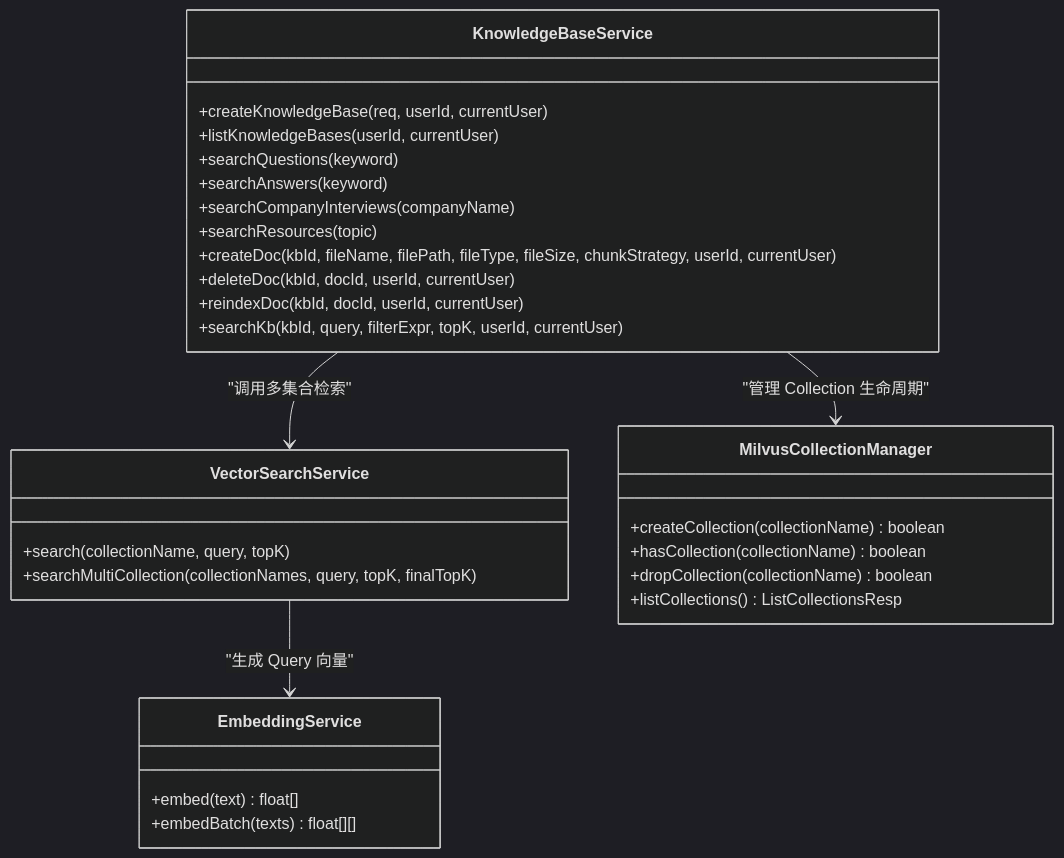
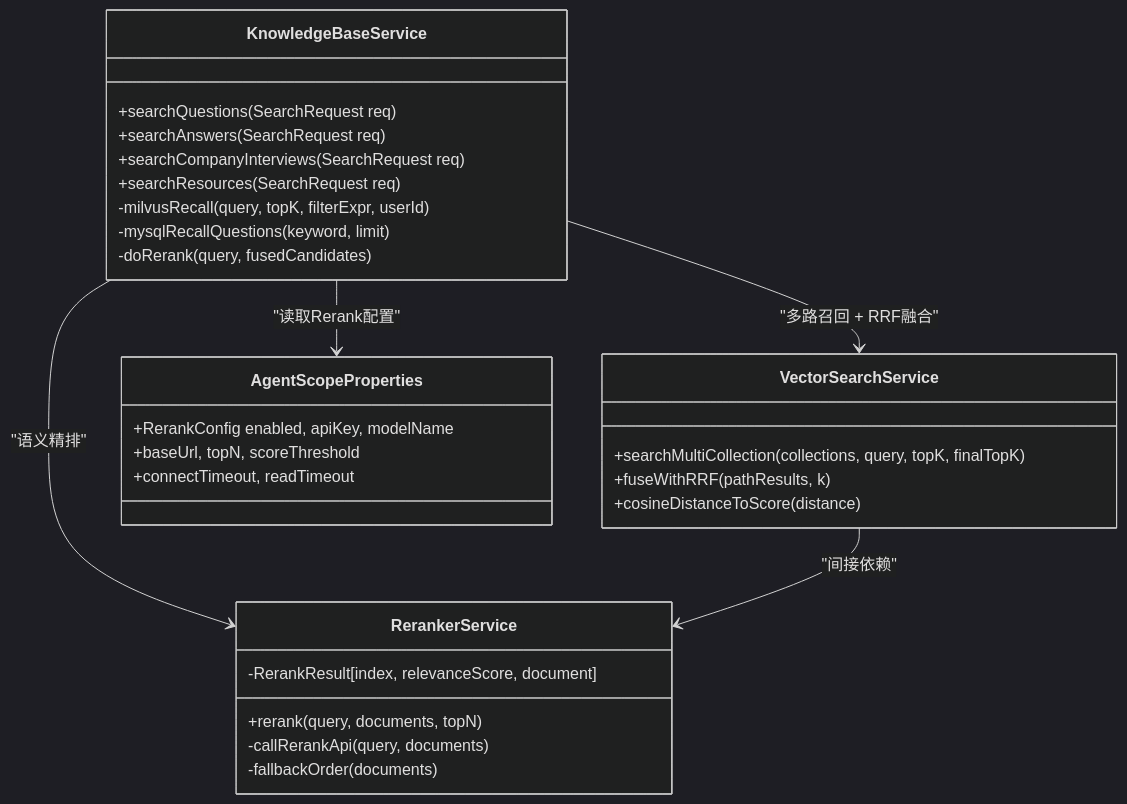
One commit to Miss-zhi/OfferPilot changed the fifth of 8 diagrams in .qoder/repowiki/zh/content/RAG 面试题处理全链路.md. Above: the diagram before and after it, drawn with Mermaid (dark theme). The commit also changed other lines of this file and 25 other files, not shown here.

````diff
--- a/.qoder/repowiki/zh/content/RAG 面试题处理全链路.md
+++ b/.qoder/repowiki/zh/content/RAG 面试题处理全链路.md
@@ -191,32 +210,32 @@
 ```mermaid
 classDiagram
 class KnowledgeBaseService {
-+createKnowledgeBase(req, userId, currentUser)
-+listKnowledgeBases(userId, currentUser)
-+searchQuestions(keyword)
-+searchAnswers(keyword)
-+searchCompanyInterviews(companyName)
-+searchResources(topic)
-+createDoc(kbId, fileName, filePath, fileType, fileSize, chunkStrategy, userId, currentUser)
-+deleteDoc(kbId, docId, userId, currentUser)
-+reindexDoc(kbId, docId, userId, currentUser)
-+searchKb(kbId, query, filterExpr, topK, userId, currentUser)
++searchQuestions(SearchRequest req)
++searchAnswers(SearchRequest req)
++searchCompanyInterviews(SearchRequest req)
++searchResources(SearchRequest req)
+-milvusRecall(query, topK, filterExpr, userId)
+-mysqlRecallQuestions(keyword, limit)
+-doRerank(query, fusedCandidates)
 }
 class VectorSearchService {
-+search(collectionName, query, topK)
-+searchMultiCollection(collectionNames, query, topK, finalTopK)
++searchMultiCollection(collections, query, topK, finalTopK)
++fuseWithRRF(pathResults, k)
++cosineDistanceToScore(distance)
 }
-class EmbeddingService {
-+embed(text) float[]
-+embedBatch(texts) float[][]
+class RerankerService {
++rerank(query, documents, topN)
+-RerankResult[index, relevanceScore, document]
+-callRerankApi(query, documents)
+-fallbackOrder(documents)
 }
-class MilvusCollectionManager {
-+createCollection(collectionName) boolean
-+hasCollection(collectionName) boolean
-+dropCollection(collectionName) boolean
-+listCollections() ListCollectionsResp
+class AgentScopeProperties {
++RerankConfig enabled, apiKey, modelName
++baseUrl, topN, scoreThreshold
++connectTimeout, readTimeout
 }
-KnowledgeBaseService --> VectorSearchService : "调用多集合检索"
-VectorSearchService --> EmbeddingService : "生成 Query 向量"
-KnowledgeBaseService --> MilvusCollectionManager : "管理 Collection 生命周期"
+KnowledgeBaseService --> VectorSearchService : "多路召回 + RRF融合"
+KnowledgeBaseService --> RerankerService : "语义精排"
+KnowledgeBaseService --> AgentScopeProperties : "读取Rerank配置"
+VectorSearchService --> RerankerService : "间接依赖"
 ```
````
